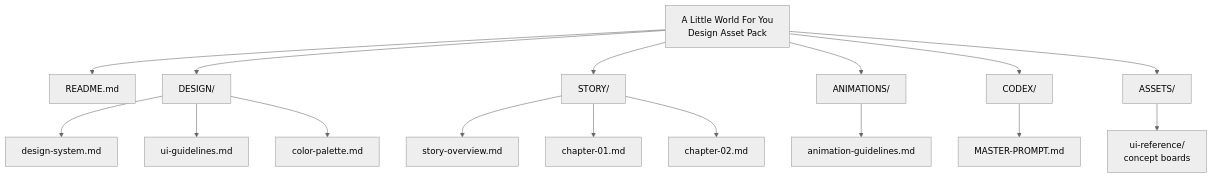
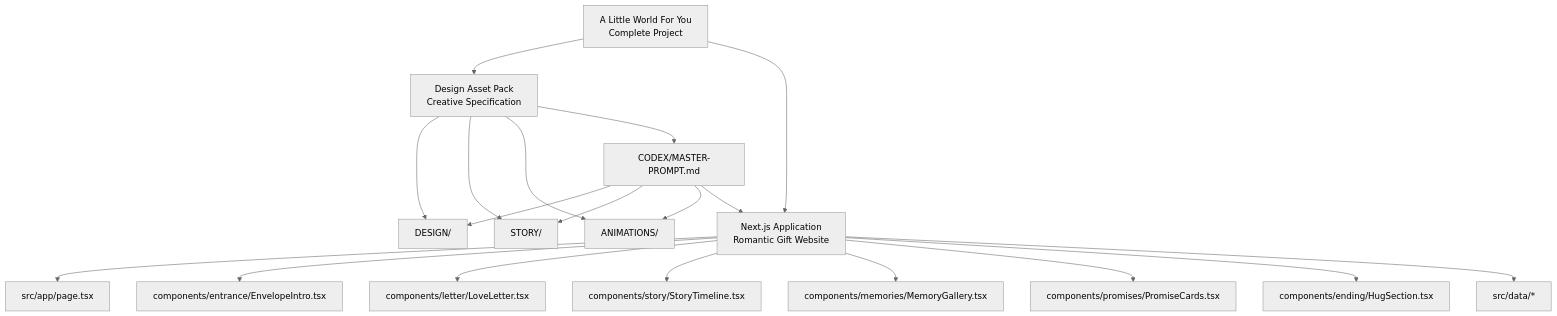
Before and after one commit to quangkiet1/anh-xin-loi: the first of 4 diagrams in .qoder/repowiki/en/content/Project Overview.md, drawn with Mermaid (neutral theme). The commit also changed other lines of this file and 13 other files, not shown here.

````diff
--- a/.qoder/repowiki/en/content/Project Overview.md
+++ b/.qoder/repowiki/en/content/Project Overview.md
@@ -42,18 +71,21 @@
 ```mermaid
 graph TB
-Root["A Little World For You<br/>Design Asset Pack"] --> Readme["README.md"]
-Root --> Design["DESIGN/"]
-Root --> Story["STORY/"]
-Root --> Animations["ANIMATIONS/"]
-Root --> Codex["CODEX/"]
-Root --> Assets["ASSETS/"]
-Design --> DS["design-system.md"]
-Design --> UI["ui-guidelines.md"]
-Design --> CP["color-palette.md"]
-Story --> SO["story-overview.md"]
-Story --> C1["chapter-01.md"]
-Story --> C2["chapter-02.md"]
-Animations --> AG["animation-guidelines.md"]
-Codex --> MP["MASTER-PROMPT.md"]
-Assets --> UR["ui-reference/<br/>concept boards"]
+Root["A Little World For You<br/>Complete Project"] --> Spec["Design Asset Pack<br/>Creative Specification"]
+Root --> App["Next.js Application<br/>Romantic Gift Website"]
+Spec --> DS["DESIGN/"]
+Spec --> ST["STORY/"]
+Spec --> AN["ANIMATIONS/"]
+Spec --> MP["CODEX/MASTER-PROMPT.md"]
+App --> Page["src/app/page.tsx"]
+App --> Entrance["components/entrance/EnvelopeIntro.tsx"]
+App --> Letter["components/letter/LoveLetter.tsx"]
+App --> Timeline["components/story/StoryTimeline.tsx"]
+App --> Memories["components/memories/MemoryGallery.tsx"]
+App --> Promises["components/promises/PromiseCards.tsx"]
+App --> Hug["components/ending/HugSection.tsx"]
+App --> Data["src/data/*"]
+MP --> DS
+MP --> ST
+MP --> AN
+MP --> App
 ```
````
